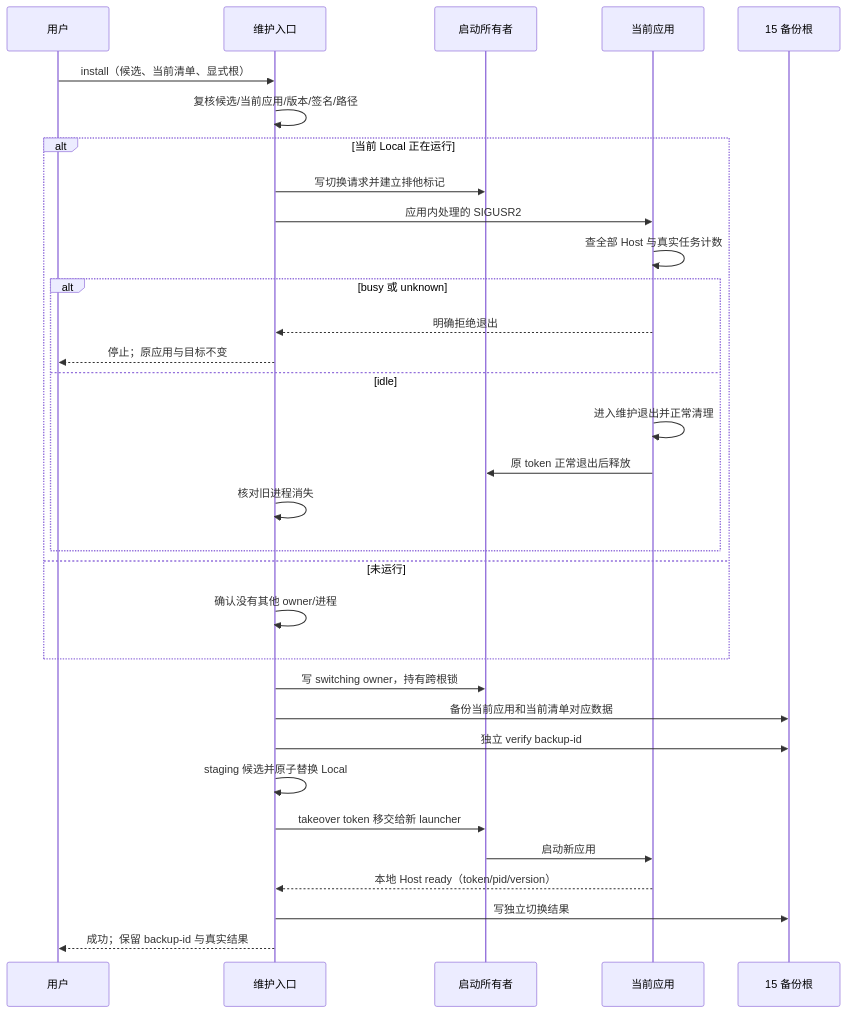
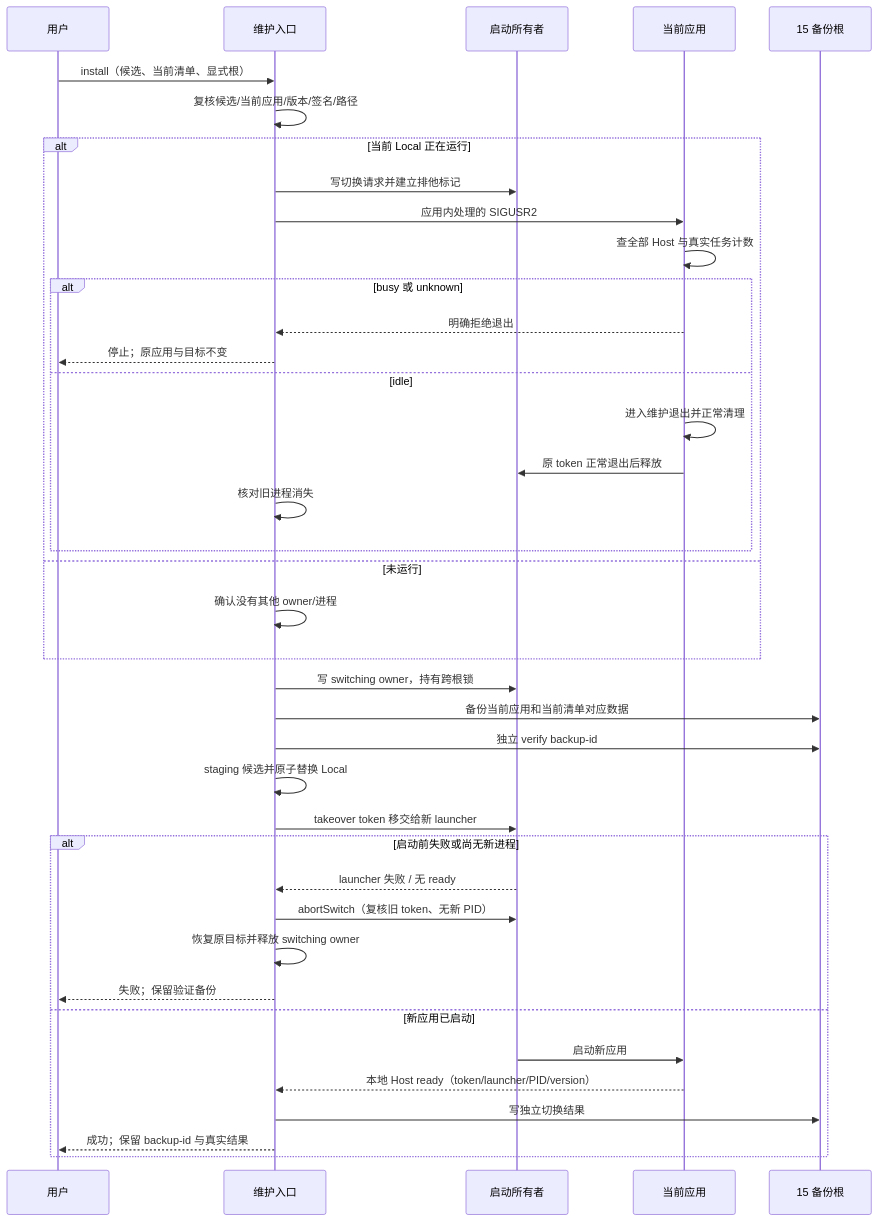
Before and after one commit to dengdz/ZCode: the diagram in docs/issues/zcode-local/16-safe-installation.md, drawn with Mermaid. The commit also changed other lines of this file and 11 other files, not shown here.

````diff
--- a/docs/issues/zcode-local/16-safe-installation.md
+++ b/docs/issues/zcode-local/16-safe-installation.md
@@ -50,34 +50,41 @@
 ```mermaid
 sequenceDiagram
     participant U as 用户
     participant M as 维护入口
     participant L as 启动所有者
     participant A as 当前应用
     participant B as 15 备份根
     U->>M: install（候选、当前清单、显式根）
     M->>M: 复核候选/当前应用/版本/签名/路径
     alt 当前 Local 正在运行
         M->>L: 写切换请求并建立排他标记
         M->>A: 应用内处理的 SIGUSR2
         A->>A: 查全部 Host 与真实任务计数
         alt busy 或 unknown
             A-->>M: 明确拒绝退出
             M-->>U: 停止；原应用与目标不变
         else idle
             A->>A: 进入维护退出并正常清理
             A->>L: 原 token 正常退出后释放
             M->>M: 核对旧进程消失
         end
     else 未运行
         M->>M: 确认没有其他 owner/进程
     end
     M->>L: 写 switching owner，持有跨根锁
     M->>B: 备份当前应用和当前清单对应数据
     M->>B: 独立 verify backup-id
     M->>M: staging 候选并原子替换 Local
     M->>L: takeover token 移交给新 launcher
-    L->>A: 启动新应用
-    A-->>M: 本地 Host ready（token/pid/version）
-    M->>B: 写独立切换结果
-    M-->>U: 成功；保留 backup-id 与真实结果
+    alt 启动前失败或尚无新进程
+        L-->>M: launcher 失败 / 无 ready
+        M->>L: abortSwitch（复核旧 token、无新 PID）
+        M->>M: 恢复原目标并释放 switching owner
+        M-->>U: 失败；保留验证备份
+    else 新应用已启动
+        L->>A: 启动新应用
+        A-->>M: 本地 Host ready（token/launcher/PID/version）
+        M->>B: 写独立切换结果
+        M-->>U: 成功；保留 backup-id 与真实结果
+    end
 ```
````
